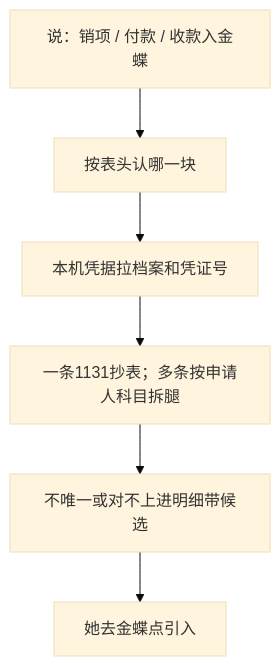
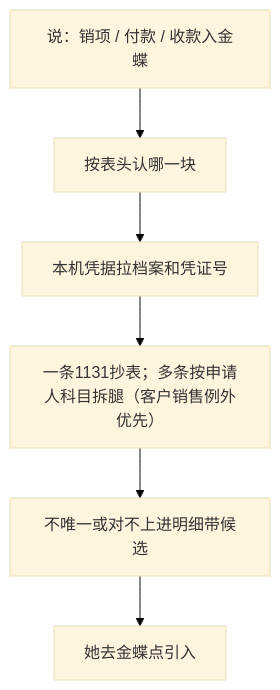
One commit to EvanLee2004/finance-skills changed the diagram in skills/kingdee-posting/README.md. Above: the diagram before and after it, drawn with Mermaid (base theme). The commit also changed other lines of this file and 12 other files, not shown here.

````diff
--- a/skills/kingdee-posting/README.md
+++ b/skills/kingdee-posting/README.md
@@ -61,8 +61,8 @@
 ```mermaid
 flowchart TD
   A["说：销项 / 付款 / 收款入金蝶"] --> B["按表头认哪一块"]
   B --> C["本机凭据拉档案和凭证号"]
-  C -->   D["一条1131抄表；多条按申请人科目拆腿"]
+  C -->   D["一条1131抄表；多条按申请人科目拆腿（客户销售例外优先）"]
   D --> E["不唯一或对不上进明细带候选"]
   E --> F["她去金蝶点引入"]
 ```
````
